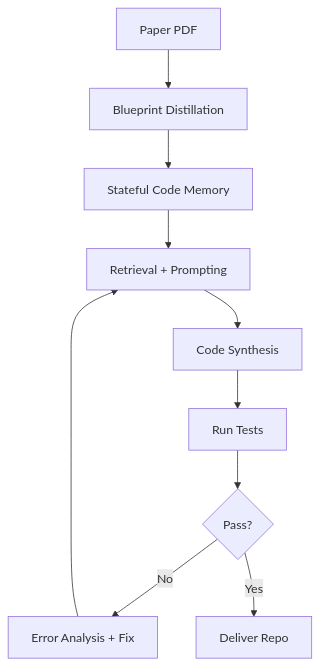
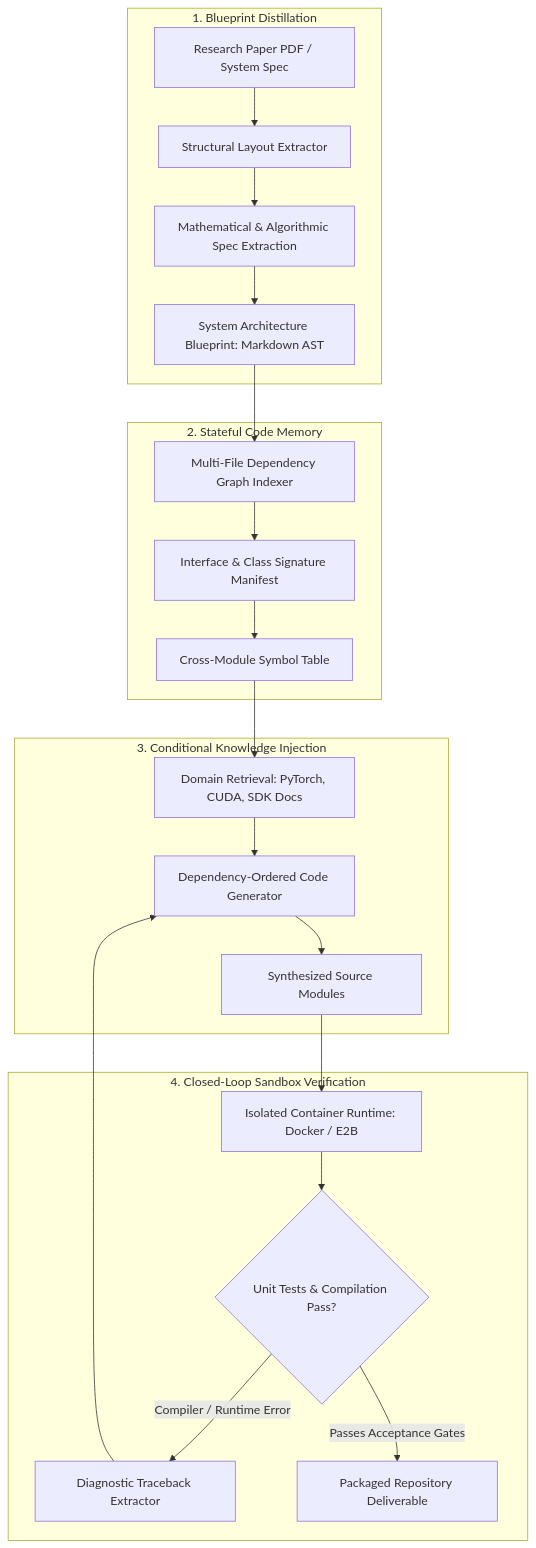
One commit to akillness/akillness.github.io changed the first of 2 diagrams in _posts/2026/02/2026-02-12-deepcode-nanobot.md. Above: the diagram before and after it, drawn with Mermaid. The commit also changed other lines of this file and 1 other file, not shown here.

````diff
--- a/_posts/2026/02/2026-02-12-deepcode-nanobot.md
+++ b/_posts/2026/02/2026-02-12-deepcode-nanobot.md
@@ -97,12 +34,28 @@
 ```mermaid
-graph TB
-  A[Paper PDF] --> B[Blueprint Distillation]
-  B --> C[Stateful Code Memory]
-  C --> D[Retrieval + Prompting]
-  D --> E[Code Synthesis]
-  E --> F[Run Tests]
-  F --> G{Pass?}
-  G -->|No| H[Error Analysis + Fix]
-  H --> D
-  G -->|Yes| I[Deliver Repo]
+flowchart TD
+    subgraph Stage1["1. Blueprint Distillation"]
+        A[Research Paper PDF / System Spec] --> B[Structural Layout Extractor]
+        B --> C[Mathematical & Algorithmic Spec Extraction]
+        C --> D[System Architecture Blueprint: Markdown AST]
+    end
+
+    subgraph Stage2["2. Stateful Code Memory"]
+        D --> E[Multi-File Dependency Graph Indexer]
+        E --> F[Interface & Class Signature Manifest]
+        F --> G[Cross-Module Symbol Table]
+    end
+
+    subgraph Stage3["3. Conditional Knowledge Injection"]
+        G --> H[Domain Retrieval: PyTorch, CUDA, SDK Docs]
+        H --> I[Dependency-Ordered Code Generator]
+        I --> J[Synthesized Source Modules]
+    end
+
+    subgraph Stage4["4. Closed-Loop Sandbox Verification"]
+        J --> K[Isolated Container Runtime: Docker / E2B]
+        K --> L{Unit Tests & Compilation Pass?}
+        L -->|Compiler / Runtime Error| M[Diagnostic Traceback Extractor]
+        M --> I
+        L -->|Passes Acceptance Gates| N[Packaged Repository Deliverable]
+    end
 ```
````
